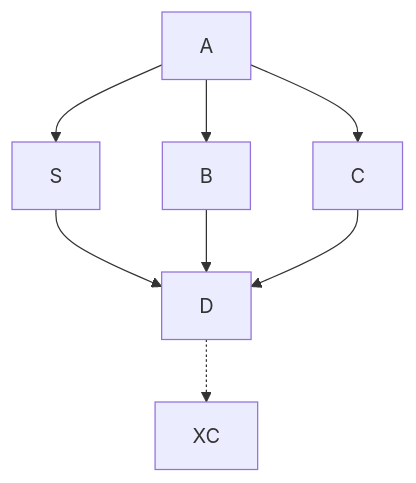
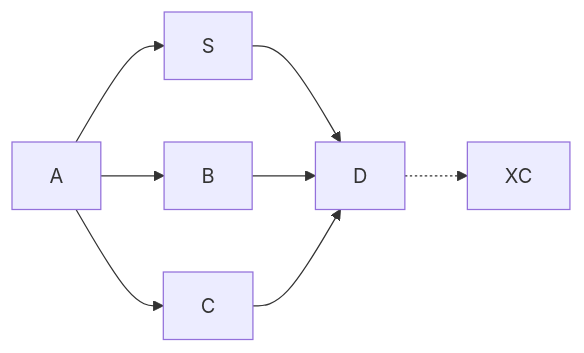
The diagram in التطبيق/مواصفات.md (editscanx/ScanX_app), drawn with Mermaid before and after one commit.

````diff
--- a/التطبيق/مواصفات.md
+++ b/التطبيق/مواصفات.md
@@ -1,11 +1,11 @@
 ```mermaid
-graph TD;
+graph LR;
     A-->B;
     A-->C;
 A-->S;
 S-->D;
     B-->D;
     C-->D;
     D-.->XC;
 
 ```
````
